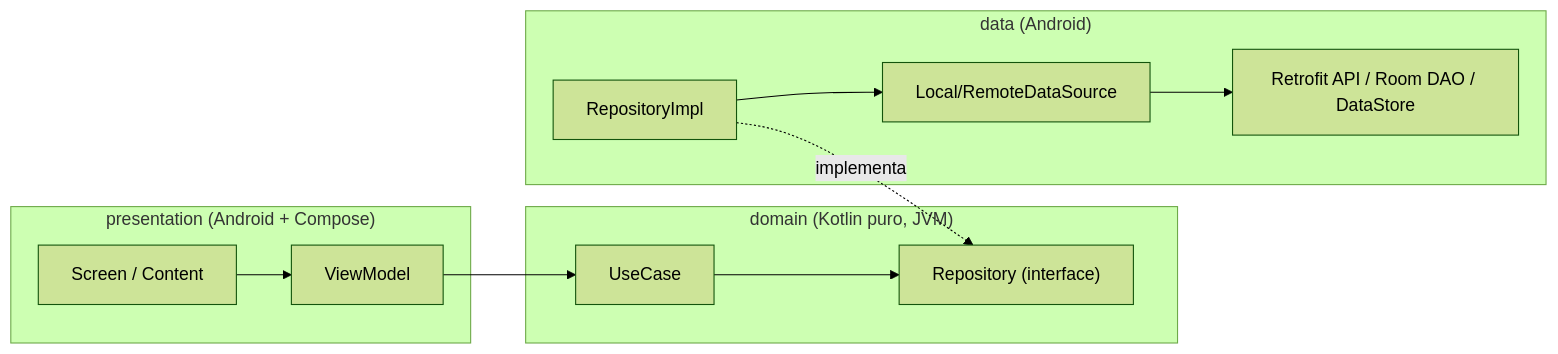
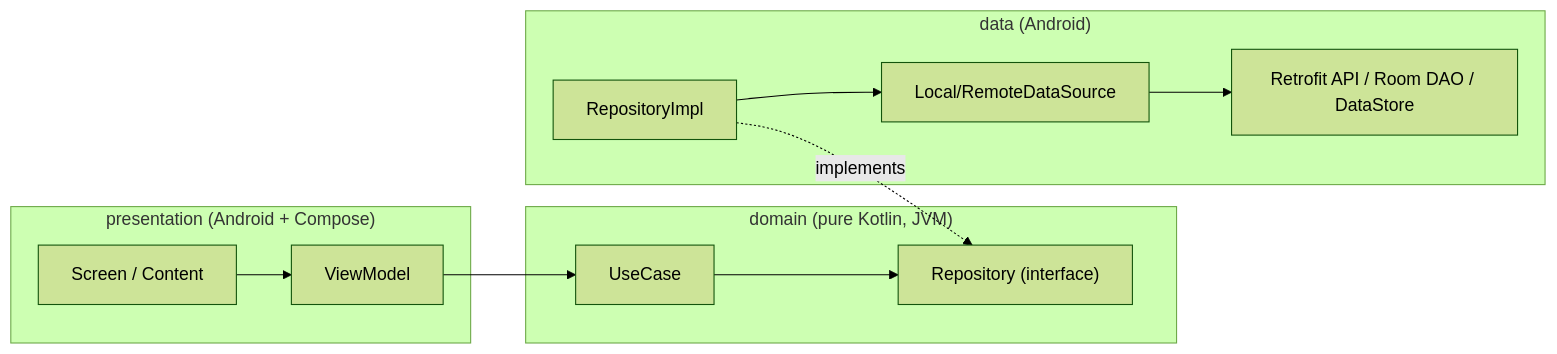
One commit to FilipeSilva18/my-favorite-film-android changed the first of 6 diagrams in docs/explanation/architecture.md. Above: the diagram before and after it, drawn with Mermaid (forest theme). The commit also changed other lines of this file and 51 other files, not shown here.

````diff
--- a/docs/explanation/architecture.md
+++ b/docs/explanation/architecture.md
@@ -7,15 +7,15 @@
 ```mermaid
 flowchart LR
     subgraph presentation["presentation (Android + Compose)"]
         Screen["Screen / Content"] --> VM["ViewModel"]
     end
-    subgraph domain["domain (Kotlin puro, JVM)"]
+    subgraph domain["domain (pure Kotlin, JVM)"]
         UC["UseCase"] --> RepoI["Repository (interface)"]
     end
     subgraph data["data (Android)"]
         RepoImpl["RepositoryImpl"] --> DS["Local/RemoteDataSource"]
         DS --> Src["Retrofit API / Room DAO / DataStore"]
     end
     VM --> UC
-    RepoImpl -. implementa .-> RepoI
+    RepoImpl -. implements .-> RepoI
 ```
````
